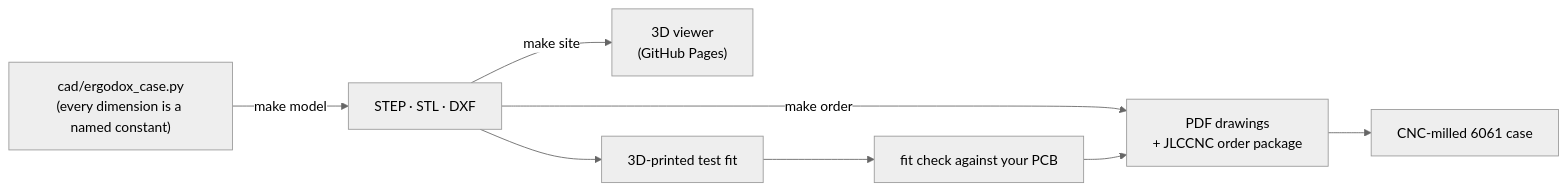
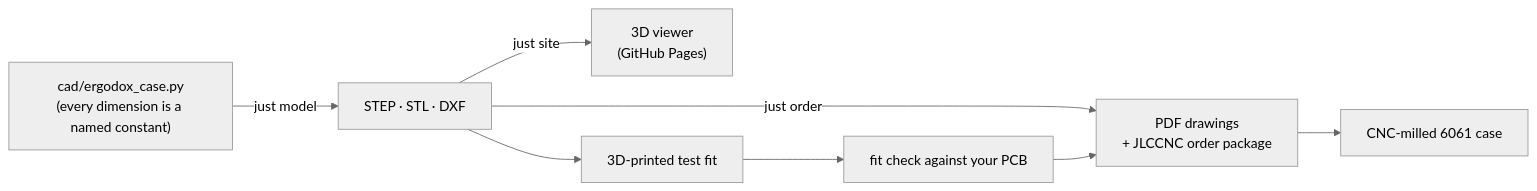
One commit to w0rxbend/ergodox changed the diagram in README.md. Above: the diagram before and after it, drawn with Mermaid (neutral theme). The commit also changed other lines of this file and 7 other files, not shown here.

First line of the commit message:
Switch build recipes from make to just

````diff
--- a/README.md
+++ b/README.md
@@ -73,10 +73,10 @@
 ```mermaid
 flowchart LR
-    A["cad/ergodox_case.py<br/>(every dimension is a named constant)"] -->|make model| B["STEP · STL · DXF"]
-    B -->|make order| C["PDF drawings<br/>+ JLCCNC order package"]
-    B -->|make site| D["3D viewer<br/>(GitHub Pages)"]
+    A["cad/ergodox_case.py<br/>(every dimension is a named constant)"] -->|just model| B["STEP · STL · DXF"]
+    B -->|just order| C["PDF drawings<br/>+ JLCCNC order package"]
+    B -->|just site| D["3D viewer<br/>(GitHub Pages)"]
     B --> E["3D-printed test fit"]
     E --> F["fit check against your PCB"]
     F --> C
     C --> G["CNC-milled 6061 case"]
 ```
````
